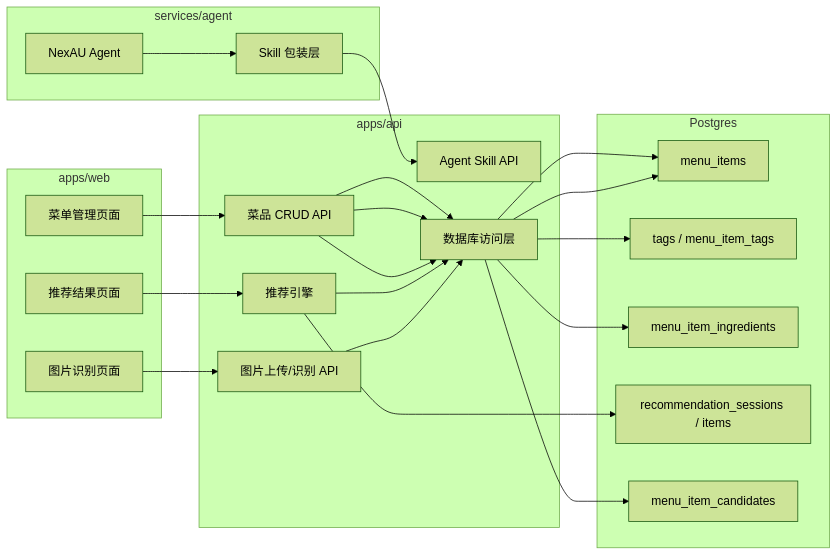
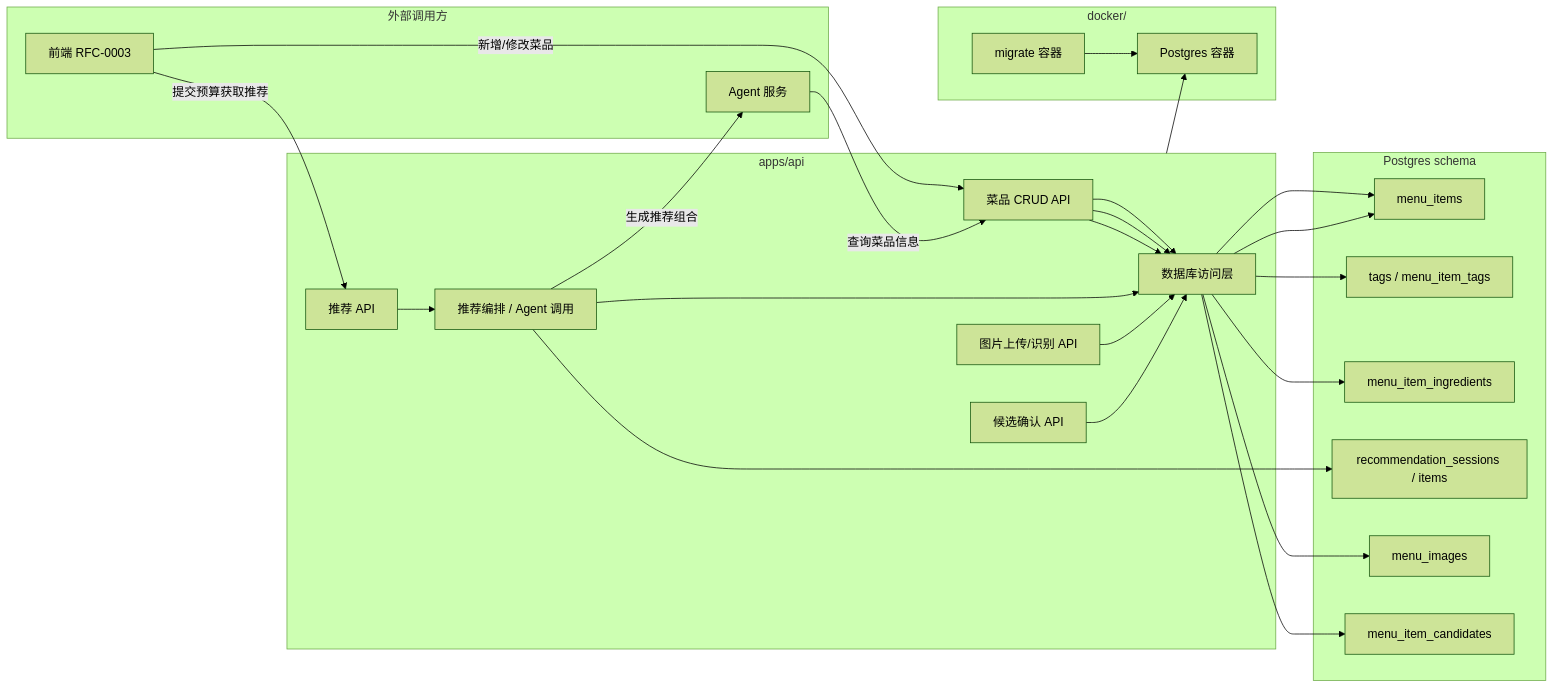
One commit to leoli-jpg/north-hackathon-team-5-ordering changed the fourth of 5 diagrams in docs/rfcs/0002-ordering-system-architecture.md. Above: the diagram before and after it, drawn with Mermaid (forest theme). The commit also changed other lines of this file and 18 other files, not shown here.

````diff
--- a/docs/rfcs/0002-ordering-system-architecture.md
+++ b/docs/rfcs/0002-ordering-system-architecture.md
@@ -429,40 +521,45 @@
 ```mermaid
 flowchart LR
-    subgraph Web["apps/web"]
-        MenuPage["菜单管理页面"]
-        RecPage["推荐结果页面"]
-        ImagePage["图片识别页面"]
+    subgraph Caller["外部调用方"]
+        FE["前端 RFC-0003"]
+        AG["Agent 服务"]
     end
 
     subgraph API["apps/api"]
         MenuAPI["菜品 CRUD API"]
-        RecEngine["推荐引擎"]
+        RecAPI["推荐 API"]
+        RecOrch["推荐编排 / Agent 调用"]
         ImageAPI["图片上传/识别 API"]
-        SkillAPI["Agent Skill API"]
+        CandidateAPI["候选确认 API"]
         DBAccess["数据库访问层"]
     end
 
-    subgraph DB["Postgres"]
+    subgraph Docker["docker/"]
+        Migrate["migrate 容器"]
+        Postgres["Postgres 容器"]
+    end
+
+    subgraph DB["Postgres schema"]
         MenuItem["menu_items"]
         Tags["tags / menu_item_tags"]
         Ingredients["menu_item_ingredients"]
         Sessions["recommendation_sessions / items"]
+        Images["menu_images"]
         Candidates["menu_item_candidates"]
     end
 
-    subgraph Agent["services/agent"]
-        NexAU["NexAU Agent"]
-        Skill["Skill 包装层"]
-    end
-
-    MenuPage --> MenuAPI
-    RecPage --> RecEngine
-    ImagePage --> ImageAPI
-    NexAU --> Skill --> SkillAPI
+    FE -->|新增/修改菜品| MenuAPI
+    FE -->|提交预算获取推荐| RecAPI
+    RecAPI --> RecOrch
+    RecOrch -->|生成推荐组合| AG
+    AG -->|查询菜品信息| MenuAPI
     MenuAPI --> DBAccess --> MenuItem
     MenuAPI --> DBAccess --> Tags
     MenuAPI --> DBAccess --> Ingredients
-    RecEngine --> DBAccess --> MenuItem
-    RecEngine --> Sessions
-    ImageAPI --> DBAccess --> Candidates
+    RecOrch --> DBAccess --> MenuItem
+    RecOrch --> Sessions
+    ImageAPI --> DBAccess --> Images
+    CandidateAPI --> DBAccess --> Candidates
+    Migrate --> Postgres
+    API --> Postgres
 ```
````
